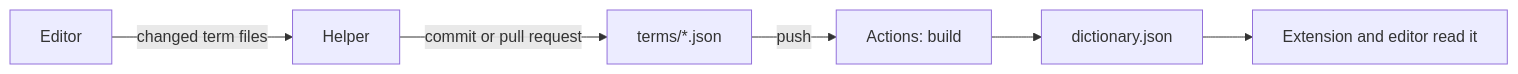
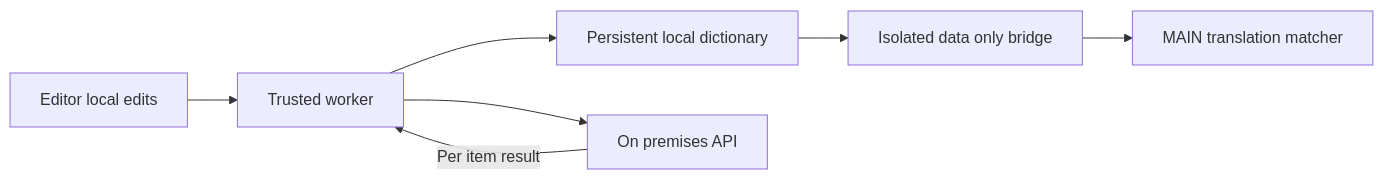
Before and after one commit to JaceDashS/udemy-korean-translator: the diagram in docs/design/translation/30-dictionary-sync.md, drawn with Mermaid. The commit also changed other lines of this file and 40 other files, not shown here.

````diff
--- a/docs/design/translation/30-dictionary-sync.md
+++ b/docs/design/translation/30-dictionary-sync.md
@@ -47,8 +24,9 @@
 ```mermaid
 flowchart LR
-    E[Editor] -->|changed term files| H[Helper]
-    H -->|commit or pull request| T[terms/*.json]
-    T -->|push| A[Actions: build]
-    A --> D[dictionary.json]
-    D --> X[Extension and editor read it]
+    E[Editor local edits] --> W[Trusted worker]
+    W --> L[Persistent local dictionary]
+    W --> A[On premises API]
+    A -->|Per item result| W
+    L --> B[Isolated data only bridge]
+    B --> T[MAIN translation matcher]
 ```
````
